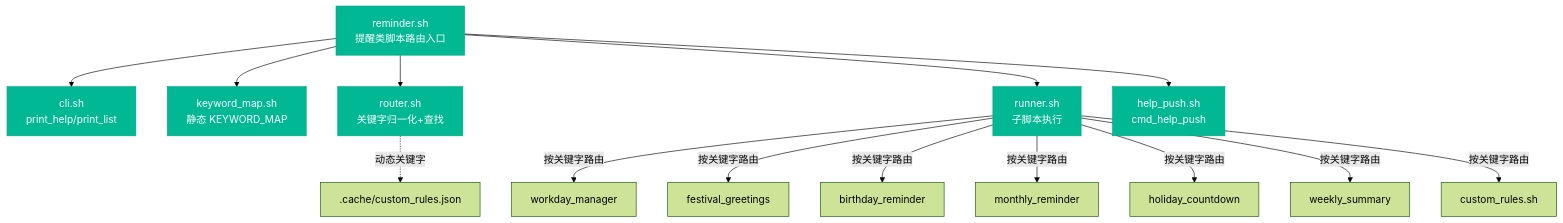
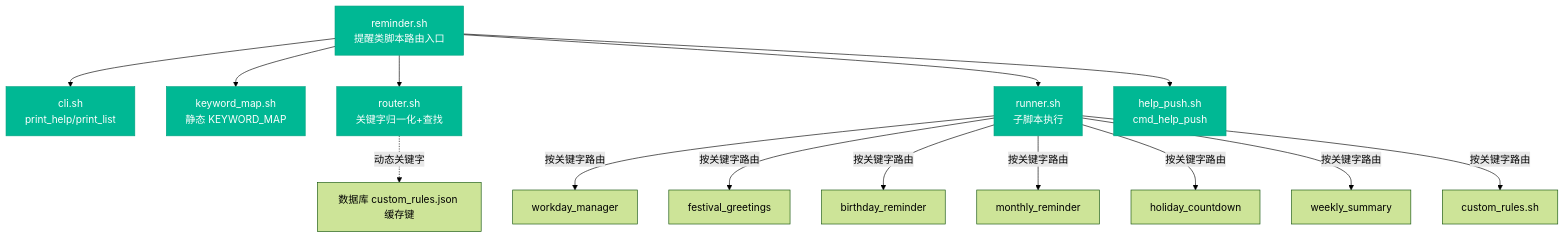
One commit to 20140125/helper changed the fifth of 7 diagrams in scripts/README.md. Above: the diagram before and after it, drawn with Mermaid (forest theme). The commit also changed other lines of this file and 439 other files, not shown here.

````diff
--- a/scripts/README.md
+++ b/scripts/README.md
@@ -262,21 +262,21 @@
 ```mermaid
 graph TB
     reminder["reminder.sh<br/>提醒类脚本路由入口"]
     reminder --> r_cli["cli.sh<br/>print_help/print_list"]
     reminder --> r_map["keyword_map.sh<br/>静态 KEYWORD_MAP"]
     reminder --> r_router["router.sh<br/>关键字归一化+查找"]
     reminder --> r_runner["runner.sh<br/>子脚本执行"]
     reminder --> r_help["help_push.sh<br/>cmd_help_push"]
 
-    r_router -.->|"动态关键字"| custom_rules[".cache/custom_rules.json"]
+    r_router -.->|"动态关键字"| custom_rules["数据库 custom_rules.json 缓存键"]
     r_runner -->|"按关键字路由"| workday_manager
     r_runner -->|"按关键字路由"| festival_greetings
     r_runner -->|"按关键字路由"| birthday_reminder
     r_runner -->|"按关键字路由"| monthly_reminder
     r_runner -->|"按关键字路由"| holiday_countdown
     r_runner -->|"按关键字路由"| weekly_summary
     r_runner -->|"按关键字路由"| custom_rules_sh["custom_rules.sh"]
 
     classDef router fill:#00b894,color:#fff,stroke:#00a381
     class reminder,r_cli,r_map,r_router,r_runner,r_help router
 ```
````
